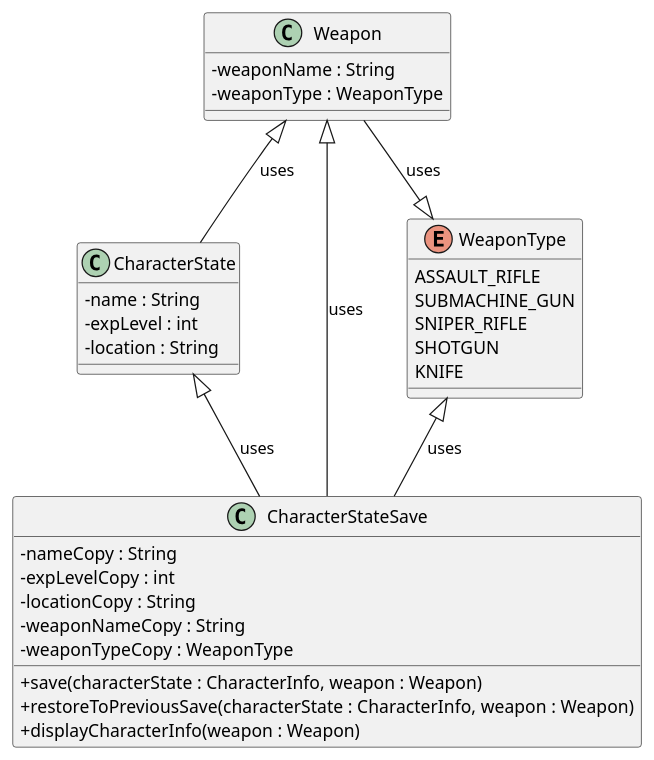
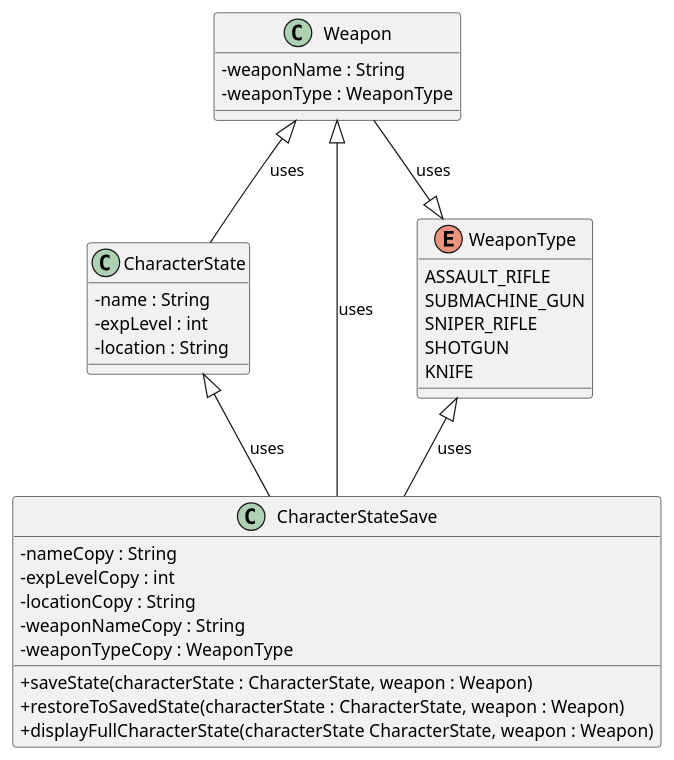
One commit to ShaneMcGinley/Memento changed the diagram in src/OpenWorldGame.puml. Above: the diagram before and after it, drawn with PlantUML. The commit also changed 2 other files, not shown here.

```diff
--- a/src/OpenWorldGame.puml
+++ b/src/OpenWorldGame.puml
@@ -1,42 +1,42 @@
 @startuml
 skinparam classAttributeIconSize 0
 
 class CharacterState {
 - name : String
 - expLevel : int
 - location : String
 }
 
 class CharacterStateSave {
 - nameCopy : String
 - expLevelCopy : int
 - locationCopy : String
 - weaponNameCopy : String
 - weaponTypeCopy : WeaponType
 
-+ save(characterState : CharacterInfo, weapon : Weapon)
-+ restoreToPreviousSave(characterState : CharacterInfo, weapon : Weapon)
-+ displayCharacterInfo(weapon : Weapon)
++ saveState(characterState : CharacterState, weapon : Weapon)
++ restoreToSavedState(characterState : CharacterState, weapon : Weapon)
++ displayFullCharacterState(characterState CharacterState, weapon : Weapon)
 }
 
 class Weapon {
 - weaponName : String
 - weaponType : WeaponType
 }
 
 enum WeaponType {
 ASSAULT_RIFLE
 SUBMACHINE_GUN
 SNIPER_RIFLE
 SHOTGUN
 KNIFE
 }
 
 Weapon --|> WeaponType : uses
 Weapon <|-- CharacterState : uses
 Weapon <|-- CharacterStateSave : uses
 WeaponType <|-- CharacterStateSave : uses
 CharacterState <|-- CharacterStateSave : uses
 
 
 @enduml
```
